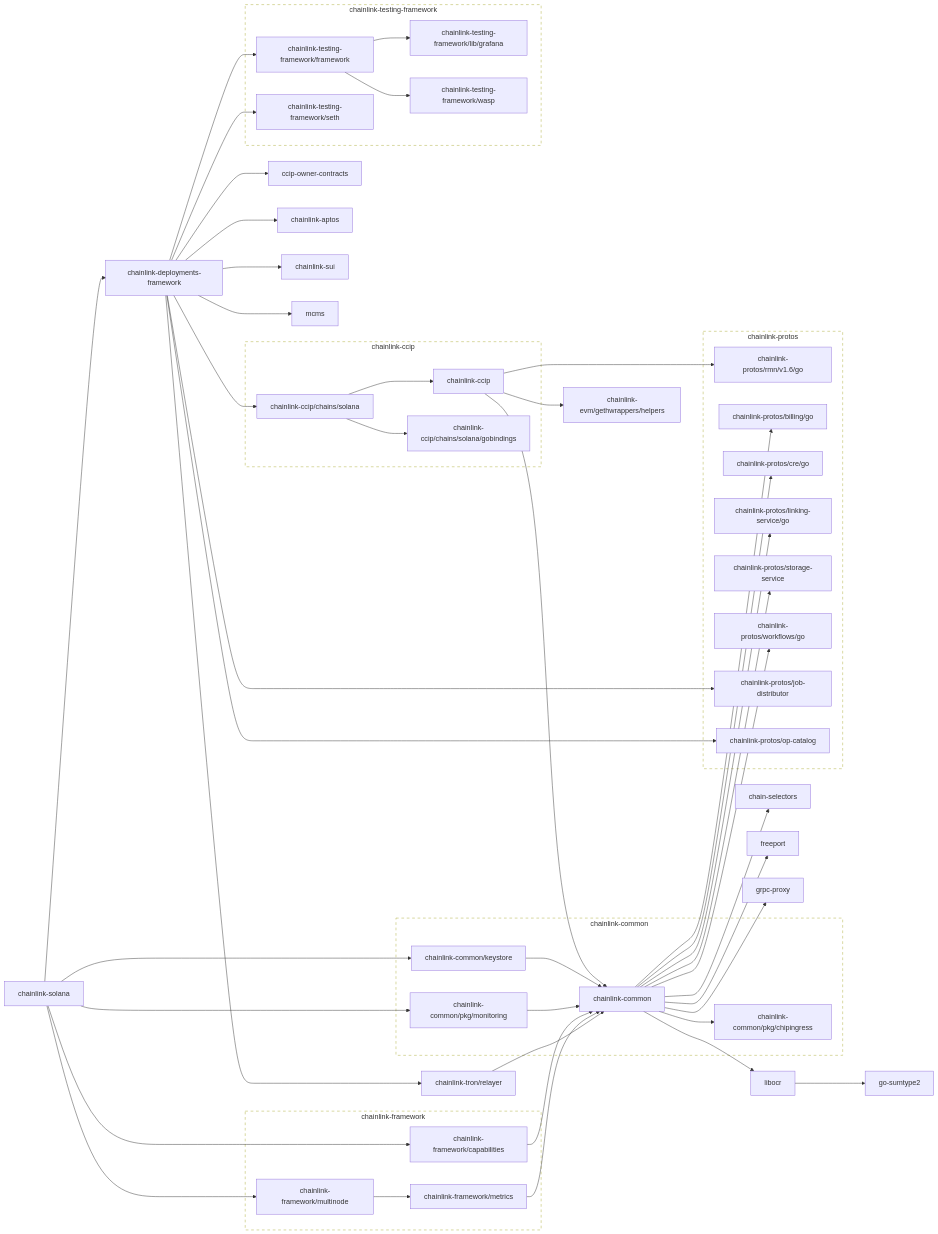
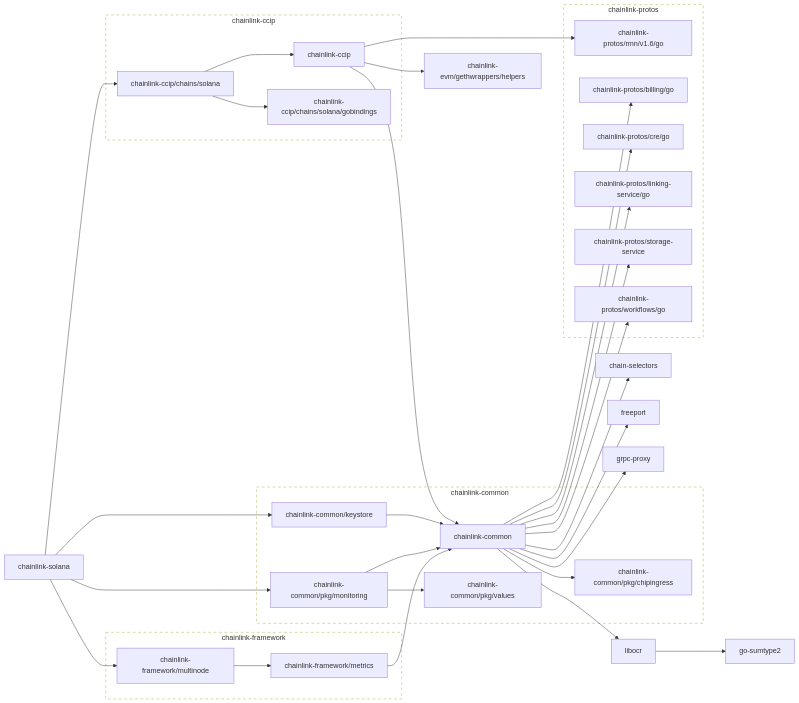
The first of 2 diagrams in go.md (smartcontractkit/chainlink-solana), drawn with Mermaid before and after one commit. The commit also changed other lines of this file and 18 other files, not shown here.

````diff
--- a/go.md
+++ b/go.md
@@ -3,12 +3,8 @@
 ```mermaid
 flowchart LR
 
-	ccip-owner-contracts
-	click ccip-owner-contracts href "https://github.com/smartcontractkit/ccip-owner-contracts"
 	chain-selectors
 	click chain-selectors href "https://github.com/smartcontractkit/chain-selectors"
-	chainlink-aptos
-	click chainlink-aptos href "https://github.com/smartcontractkit/chainlink-aptos"
 	chainlink-ccip --> chainlink-common
 	chainlink-ccip --> chainlink-evm/gethwrappers/helpers
 	chainlink-ccip --> chainlink-protos/rmn/v1.6/go
@@ -34,22 +30,12 @@
 	chainlink-common/pkg/chipingress
 	click chainlink-common/pkg/chipingress href "https://github.com/smartcontractkit/chainlink-common"
 	chainlink-common/pkg/monitoring --> chainlink-common
+	chainlink-common/pkg/monitoring --> chainlink-common/pkg/values
 	click chainlink-common/pkg/monitoring href "https://github.com/smartcontractkit/chainlink-common"
-	chainlink-deployments-framework --> ccip-owner-contracts
-	chainlink-deployments-framework --> chainlink-aptos
-	chainlink-deployments-framework --> chainlink-ccip/chains/solana
-	chainlink-deployments-framework --> chainlink-protos/job-distributor
-	chainlink-deployments-framework --> chainlink-protos/op-catalog
-	chainlink-deployments-framework --> chainlink-sui
-	chainlink-deployments-framework --> chainlink-testing-framework/framework
-	chainlink-deployments-framework --> chainlink-testing-framework/seth
-	chainlink-deployments-framework --> chainlink-tron/relayer
-	chainlink-deployments-framework --> mcms
-	click chainlink-deployments-framework href "https://github.com/smartcontractkit/chainlink-deployments-framework"
+	chainlink-common/pkg/values
+	click chainlink-common/pkg/values href "https://github.com/smartcontractkit/chainlink-common"
 	chainlink-evm/gethwrappers/helpers
 	click chainlink-evm/gethwrappers/helpers href "https://github.com/smartcontractkit/chainlink-evm"
-	chainlink-framework/capabilities --> chainlink-common
-	click chainlink-framework/capabilities href "https://github.com/smartcontractkit/chainlink-framework"
 	chainlink-framework/metrics --> chainlink-common
 	click chainlink-framework/metrics href "https://github.com/smartcontractkit/chainlink-framework"
 	chainlink-framework/multinode --> chainlink-framework/metrics
@@ -58,37 +44,19 @@
 	click chainlink-protos/billing/go href "https://github.com/smartcontractkit/chainlink-protos"
 	chainlink-protos/cre/go
 	click chainlink-protos/cre/go href "https://github.com/smartcontractkit/chainlink-protos"
-	chainlink-protos/job-distributor
-	click chainlink-protos/job-distributor href "https://github.com/smartcontractkit/chainlink-protos"
 	chainlink-protos/linking-service/go
 	click chainlink-protos/linking-service/go href "https://github.com/smartcontractkit/chainlink-protos"
-	chainlink-protos/op-catalog
-	click chainlink-protos/op-catalog href "https://github.com/smartcontractkit/chainlink-protos"
 	chainlink-protos/rmn/v1.6/go
 	click chainlink-protos/rmn/v1.6/go href "https://github.com/smartcontractkit/chainlink-protos"
 	chainlink-protos/storage-service
 	click chainlink-protos/storage-service href "https://github.com/smartcontractkit/chainlink-protos"
 	chainlink-protos/workflows/go
 	click chainlink-protos/workflows/go href "https://github.com/smartcontractkit/chainlink-protos"
+	chainlink-solana --> chainlink-ccip/chains/solana
 	chainlink-solana --> chainlink-common/keystore
 	chainlink-solana --> chainlink-common/pkg/monitoring
-	chainlink-solana --> chainlink-deployments-framework
-	chainlink-solana --> chainlink-framework/capabilities
 	chainlink-solana --> chainlink-framework/multinode
 	click chainlink-solana href "https://github.com/smartcontractkit/chainlink-solana"
-	chainlink-sui
-	click chainlink-sui href "https://github.com/smartcontractkit/chainlink-sui"
-	chainlink-testing-framework/framework --> chainlink-testing-framework/lib/grafana
-	chainlink-testing-framework/framework --> chainlink-testing-framework/wasp
-	click chainlink-testing-framework/framework href "https://github.com/smartcontractkit/chainlink-testing-framework"
-	chainlink-testing-framework/lib/grafana
-	click chainlink-testing-framework/lib/grafana href "https://github.com/smartcontractkit/chainlink-testing-framework"
-	chainlink-testing-framework/seth
-	click chainlink-testing-framework/seth href "https://github.com/smartcontractkit/chainlink-testing-framework"
-	chainlink-testing-framework/wasp
-	click chainlink-testing-framework/wasp href "https://github.com/smartcontractkit/chainlink-testing-framework"
-	chainlink-tron/relayer --> chainlink-common
-	click chainlink-tron/relayer href "https://github.com/smartcontractkit/chainlink-tron"
 	freeport
 	click freeport href "https://github.com/smartcontractkit/freeport"
 	go-sumtype2
@@ -97,8 +65,6 @@
 	click grpc-proxy href "https://github.com/smartcontractkit/grpc-proxy"
 	libocr --> go-sumtype2
 	click libocr href "https://github.com/smartcontractkit/libocr"
-	mcms
-	click mcms href "https://github.com/smartcontractkit/mcms"
 
 	subgraph chainlink-ccip-repo[chainlink-ccip]
 		 chainlink-ccip
@@ -112,11 +78,11 @@
 		 chainlink-common/keystore
 		 chainlink-common/pkg/chipingress
 		 chainlink-common/pkg/monitoring
+		 chainlink-common/pkg/values
 	end
 	click chainlink-common-repo href "https://github.com/smartcontractkit/chainlink-common"
 
 	subgraph chainlink-framework-repo[chainlink-framework]
-		 chainlink-framework/capabilities
 		 chainlink-framework/metrics
 		 chainlink-framework/multinode
 	end
@@ -125,23 +91,13 @@
 	subgraph chainlink-protos-repo[chainlink-protos]
 		 chainlink-protos/billing/go
 		 chainlink-protos/cre/go
-		 chainlink-protos/job-distributor
 		 chainlink-protos/linking-service/go
-		 chainlink-protos/op-catalog
 		 chainlink-protos/rmn/v1.6/go
 		 chainlink-protos/storage-service
 		 chainlink-protos/workflows/go
 	end
 	click chainlink-protos-repo href "https://github.com/smartcontractkit/chainlink-protos"
 
-	subgraph chainlink-testing-framework-repo[chainlink-testing-framework]
-		 chainlink-testing-framework/framework
-		 chainlink-testing-framework/lib/grafana
-		 chainlink-testing-framework/seth
-		 chainlink-testing-framework/wasp
-	end
-	click chainlink-testing-framework-repo href "https://github.com/smartcontractkit/chainlink-testing-framework"
-
 	classDef outline stroke-dasharray:6,fill:none;
-	class chainlink-ccip-repo,chainlink-common-repo,chainlink-framework-repo,chainlink-protos-repo,chainlink-testing-framework-repo outline
+	class chainlink-ccip-repo,chainlink-common-repo,chainlink-framework-repo,chainlink-protos-repo outline
 ```
````
